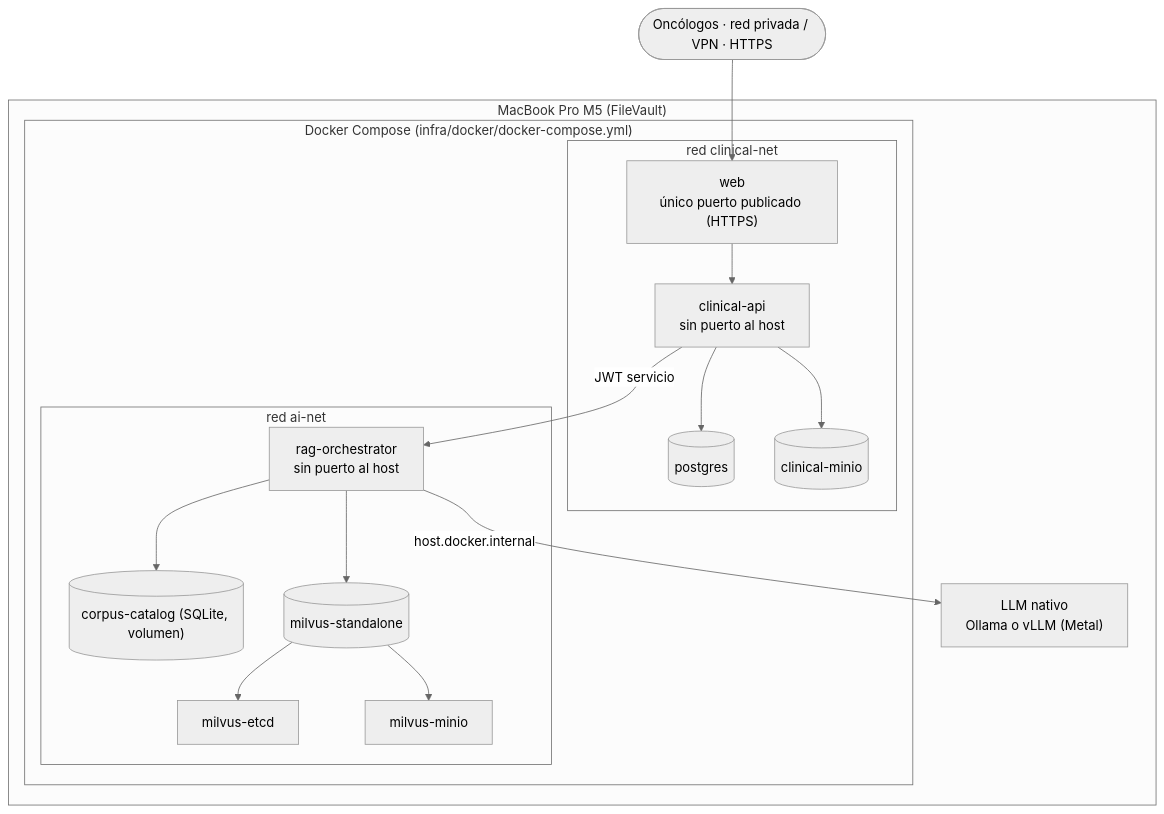
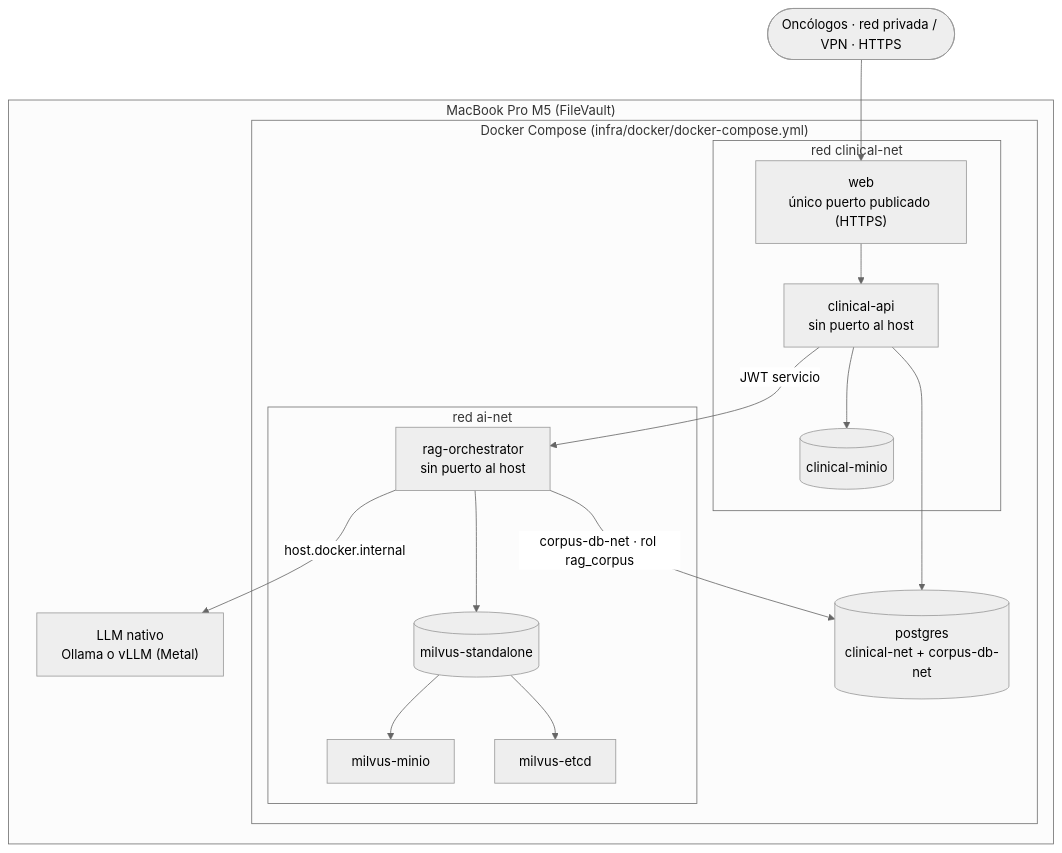
The fourth of 7 diagrams in readme.md (hatrickmario/OncoLens-Lab), drawn with Mermaid (neutral theme) before and after one commit. The commit also changed other lines of this file and 1 other file, not shown here.

First line of the commit message:
Use only PostgreSQL and Milvus: corpus catalog in `corpus` schema (D-42)

````diff
--- a/readme.md
+++ b/readme.md
@@ -356,32 +355,31 @@
 ```mermaid
 flowchart TD
     VPN(["Oncólogos · red privada / VPN · HTTPS"])
     subgraph Host["MacBook Pro M5 (FileVault)"]
         LLM["LLM nativo<br/>Ollama o vLLM (Metal)"]
         subgraph Compose["Docker Compose (infra/docker/docker-compose.yml)"]
             subgraph CN["red clinical-net"]
                 FE["web<br/>único puerto publicado (HTTPS)"]
                 BE1["clinical-api<br/>sin puerto al host"]
-                PG[("postgres")]
                 CM[("clinical-minio")]
             end
+            PG[("postgres<br/>clinical-net + corpus-db-net")]
             subgraph AN["red ai-net"]
                 BE2["rag-orchestrator<br/>sin puerto al host"]
-                CAT[("corpus-catalog (SQLite, volumen)")]
                 MV[("milvus-standalone")]
                 ETCD["milvus-etcd"]
                 MMINIO["milvus-minio"]
             end
         end
     end
     VPN --> FE
     FE --> BE1
     BE1 --> PG
     BE1 --> CM
     BE1 -- "JWT servicio" --> BE2
-    BE2 --> CAT
+    BE2 -- "corpus-db-net · rol rag_corpus" --> PG
     BE2 --> MV
     MV --> ETCD
     MV --> MMINIO
     BE2 -- "host.docker.internal" --> LLM
 ```
````
